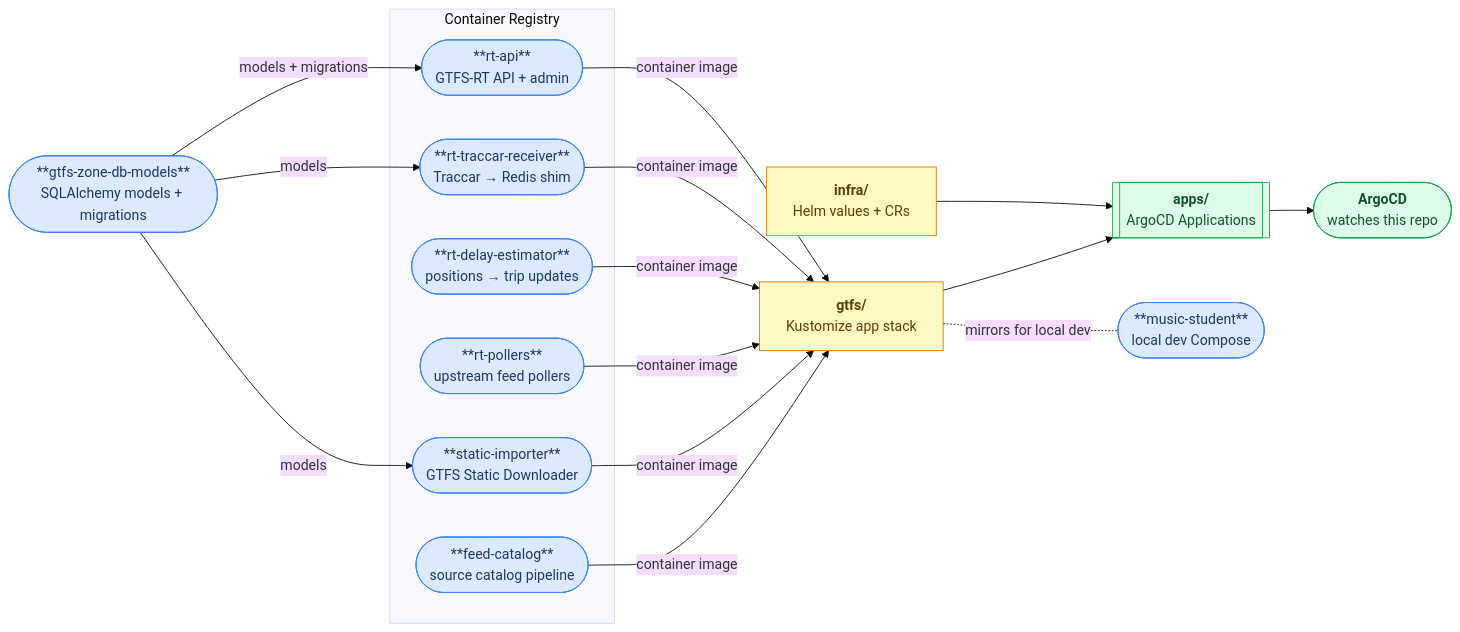
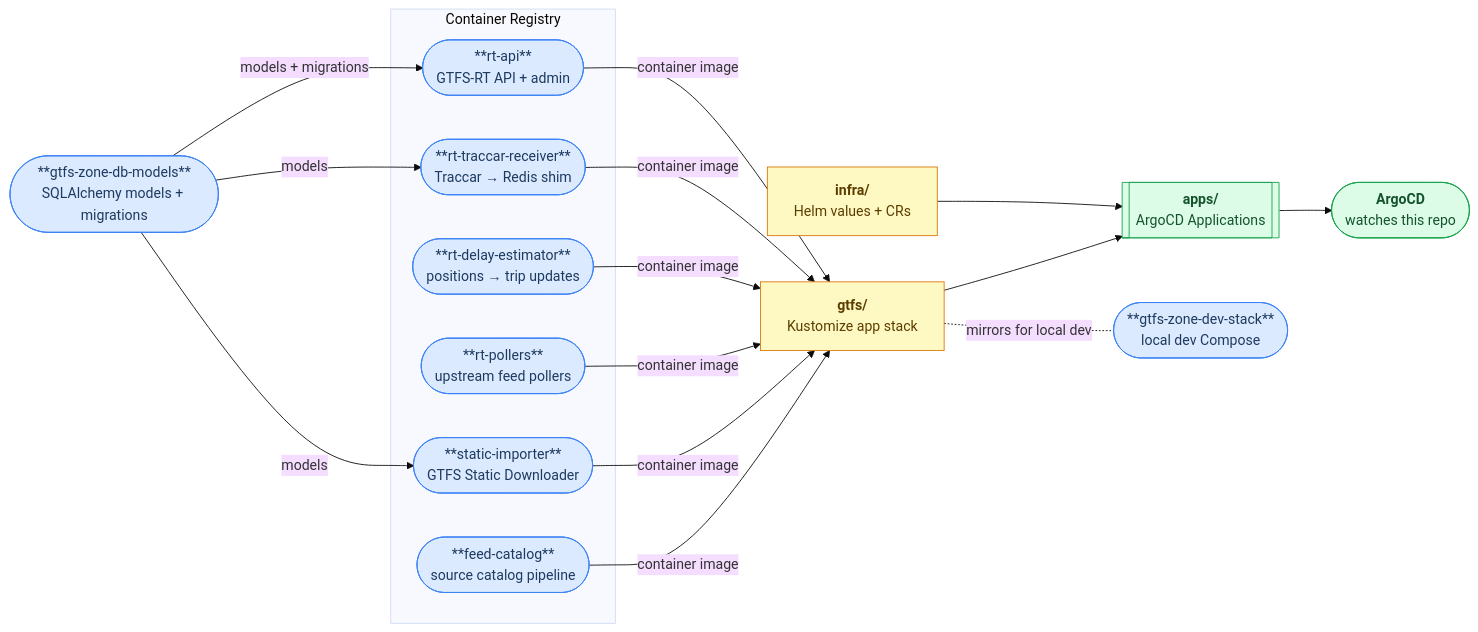
One commit to gtfs-zone/deploy-gtfs-rt changed the first of 8 diagrams in README.md. Above: the diagram before and after it, drawn with Mermaid (base theme). The commit also changed other lines of this file and 4 other files, not shown here.

````diff
--- a/README.md
+++ b/README.md
@@ -36,35 +36,35 @@
 ```mermaid
 flowchart LR
     classDef repo fill:#dbeafe,stroke:#3b82f6,color:#1e3a5f
     classDef dir fill:#fef9c3,stroke:#d97706,color:#5c3d00
     classDef gitops fill:#dcfce7,stroke:#16a34a,color:#14532d
 
     apps[["`**apps/**<br>ArgoCD Applications`"]]:::gitops
     infra["`**infra/**<br>Helm values + CRs`"]:::dir
     gtfsd["`**gtfs/**<br>Kustomize app stack`"]:::dir
     argo(["`**ArgoCD**<br>watches this repo`"]):::gitops
 
     apps --> argo
     infra --> apps
     gtfsd --> apps
 
     subgraph registry["Container Registry"]
         cc(["**rt-api**<br>GTFS-RT API + admin"]):::repo
         vp(["**rt-traccar-receiver**<br>Traccar → Redis shim"]):::repo
         tu(["**rt-delay-estimator**<br>positions → trip updates"]):::repo
         hgb(["**rt-pollers**<br>upstream feed pollers"]):::repo
         sf(["**static-importer**<br>GTFS Static Downloader"]):::repo
         gc(["**feed-catalog**<br>source catalog pipeline"]):::repo
     end
 
     rc(["**gtfs-zone-db-models**<br>SQLAlchemy models + migrations"]):::repo
-    ms(["**music-student**<br>local dev Compose"]):::repo
+    ms(["**gtfs-zone-dev-stack**<br>local dev Compose"]):::repo
 
     rc -->|"models + migrations"| cc
     rc -->|"models"| vp
     rc -->|"models"| sf
 
     cc & vp & tu & hgb & sf & gc -->|"container image"| gtfsd
 
     gtfsd -.-|"mirrors for local dev"| ms
 ```
````
